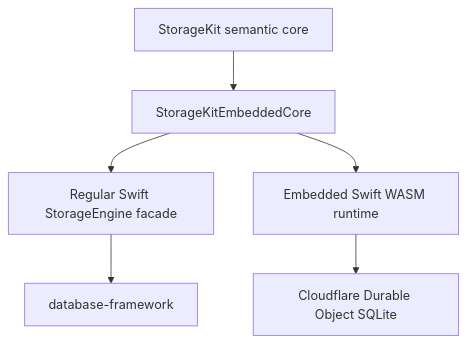
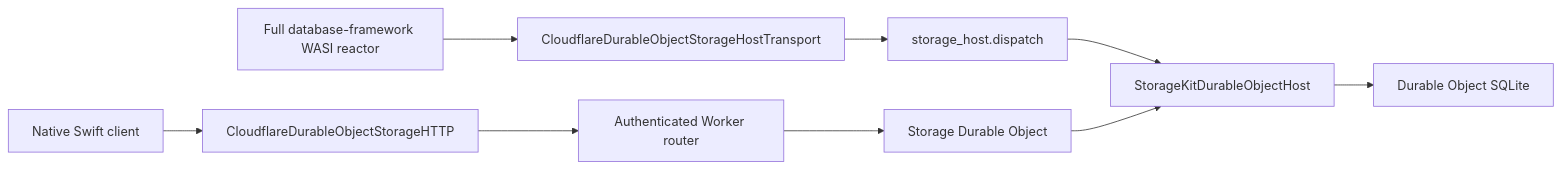
Before and after one commit to 1amageek/storage-kit: the first of 3 diagrams in Docs/CLOUDFLARE_DURABLE_OBJECT_STORAGE_DESIGN.md, drawn with Mermaid. The commit also changed other lines of this file and 283 other files, not shown here.

Commit message:
Complete Durable Object storage transaction runtime

````diff
--- a/Docs/CLOUDFLARE_DURABLE_OBJECT_STORAGE_DESIGN.md
+++ b/Docs/CLOUDFLARE_DURABLE_OBJECT_STORAGE_DESIGN.md
@@ -555,8 +17,13 @@
 ```mermaid
-flowchart TD
-  StorageKit["StorageKit semantic core"] --> Shared["StorageKitEmbeddedCore"]
-  Shared --> Regular["Regular Swift StorageEngine facade"]
-  Shared --> Wasm["Embedded Swift WASM runtime"]
-  Wasm --> DO["Cloudflare Durable Object SQLite"]
-  Regular --> Framework["database-framework"]
+flowchart LR
+    Native["Native Swift client"] --> HTTP["CloudflareDurableObjectStorageHTTP"]
+    HTTP --> Router["Authenticated Worker router"]
+    Router --> DO["Storage Durable Object"]
+
+    Reactor["Full database-framework WASI reactor"] --> HostTransport["CloudflareDurableObjectStorageHostTransport"]
+    HostTransport --> Import["storage_host.dispatch"]
+    Import --> Store["StorageKitDurableObjectHost"]
+
+    DO --> Store
+    Store --> SQLite["Durable Object SQLite"]
 ```
````
